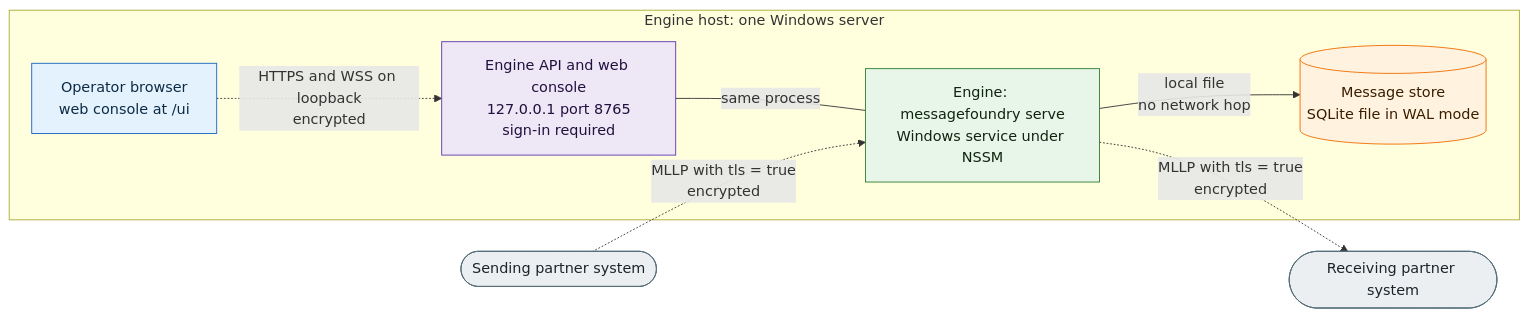
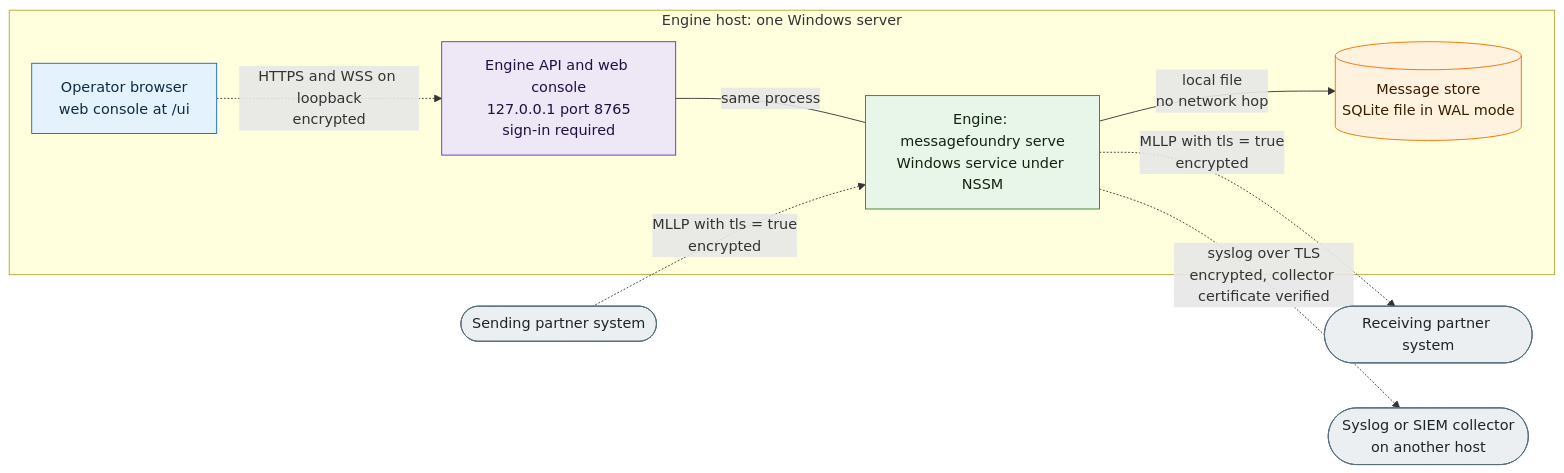
Before and after one commit to MEFORORG/MessageFoundry: the first of 4 diagrams in docs/DEPLOYMENT.md, drawn with Mermaid. The commit also changed other lines of this file, not shown here.

First line of the commit message:
docs(deployment): correct the topology diagrams after review round two

````diff
--- a/docs/DEPLOYMENT.md
+++ b/docs/DEPLOYMENT.md
@@ -34,24 +34,26 @@
 ```mermaid
 flowchart LR
   classDef core fill:#e8f5e9,stroke:#2e7d32,color:#10240f;
   classDef api fill:#ede7f6,stroke:#5e35b1,color:#22103f;
   classDef store fill:#fff3e0,stroke:#ef6c00,color:#3a1d00;
   classDef opstool fill:#e3f2fd,stroke:#1565c0,color:#0d2b45;
   classDef ext fill:#eceff1,stroke:#546e7a,color:#1c2429;
 
   T1UP(["Sending partner system"]):::ext
   T1DOWN(["Receiving partner system"]):::ext
+  T1LOG(["Syslog or SIEM collector<br/>on another host"]):::ext
 
   subgraph T1HOST["Engine host: one Windows server"]
     T1BROWSER["Operator browser<br/>web console at /ui"]:::opstool
     T1API["Engine API and web console<br/>127.0.0.1 port 8765<br/>sign-in required"]:::api
     T1ENGINE["Engine: messagefoundry serve<br/>Windows service under NSSM"]:::core
     T1STORE[("Message store<br/>SQLite file in WAL mode")]:::store
   end
 
   T1BROWSER -.->|"HTTPS and WSS on loopback<br/>encrypted"| T1API
   T1API ---|"same process"| T1ENGINE
   T1ENGINE -->|"local file<br/>no network hop"| T1STORE
   T1UP -.->|"MLLP with tls = true<br/>encrypted"| T1ENGINE
   T1ENGINE -.->|"MLLP with tls = true<br/>encrypted"| T1DOWN
+  T1ENGINE -.->|"syslog over TLS<br/>encrypted, collector certificate verified"| T1LOG
 ```
````
